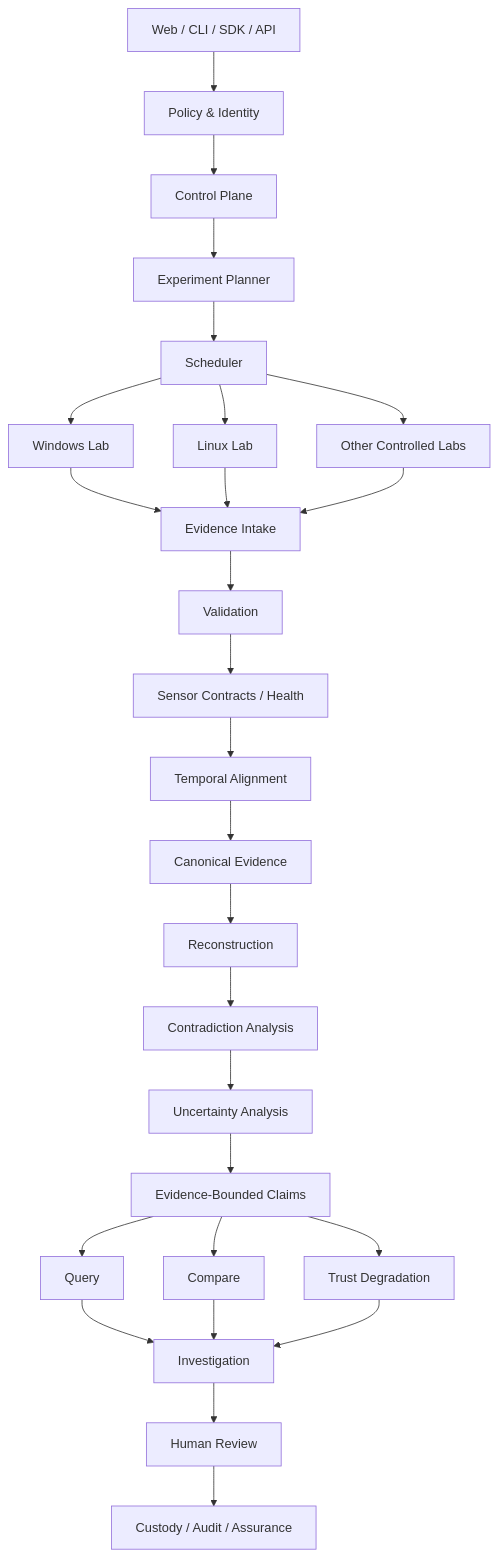
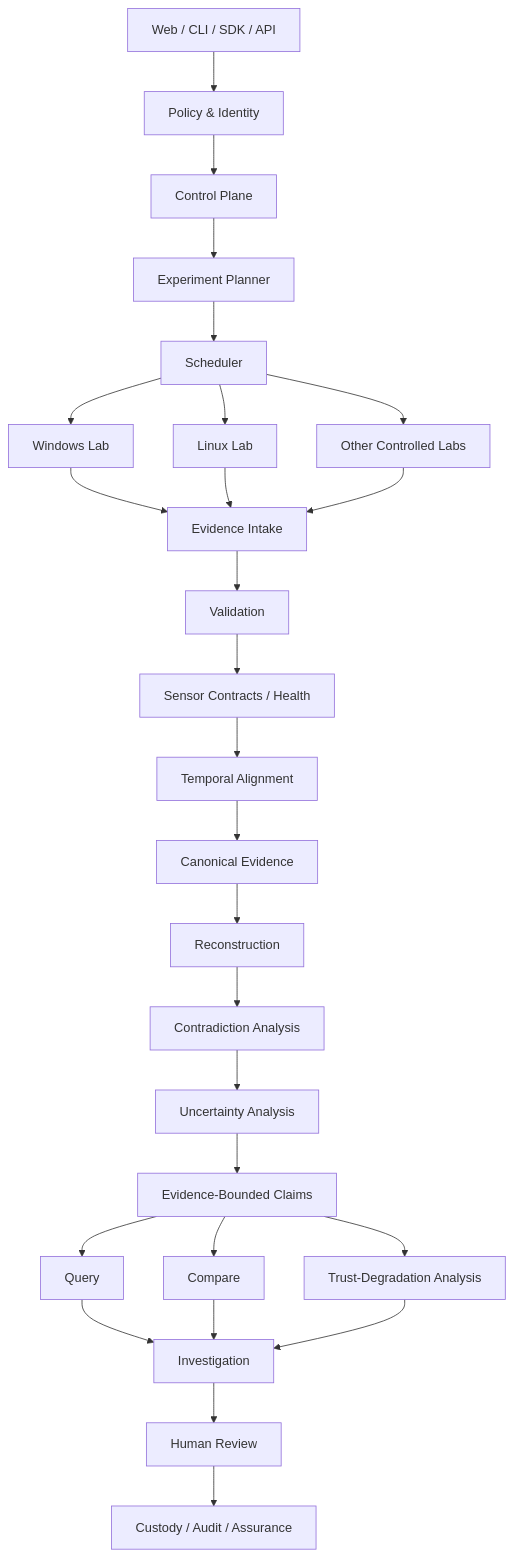
Before and after one commit to julianvanceblackwood/ELENCHION: the third of 3 diagrams in README.md, drawn with Mermaid. The commit also changed other lines of this file and 4 other files, not shown here.

````diff
--- a/README.md
+++ b/README.md
@@ -664,35 +664,35 @@
 ```mermaid
 flowchart TD
     U[Web / CLI / SDK / API] --> P[Policy & Identity]
     P --> CP[Control Plane]
     CP --> EP[Experiment Planner]
     EP --> S[Scheduler]
 
     S --> W[Windows Lab]
     S --> L[Linux Lab]
     S --> O[Other Controlled Labs]
 
     W --> EB[Evidence Intake]
     L --> EB
     O --> EB
 
     EB --> V[Validation]
     V --> SH[Sensor Contracts / Health]
     SH --> T[Temporal Alignment]
     T --> CE[Canonical Evidence]
     CE --> R[Reconstruction]
     R --> CA[Contradiction Analysis]
     CA --> UC[Uncertainty Analysis]
     UC --> EBC[Evidence-Bounded Claims]
 
     EBC --> Q[Query]
     EBC --> CMP[Compare]
-    EBC --> TD[Trust Degradation]
+    EBC --> TD[Trust-Degradation Analysis]
 
     Q --> INV[Investigation]
     CMP --> INV
     TD --> INV
 
     INV --> HR[Human Review]
     HR --> AU[Custody / Audit / Assurance]
 ```
````
